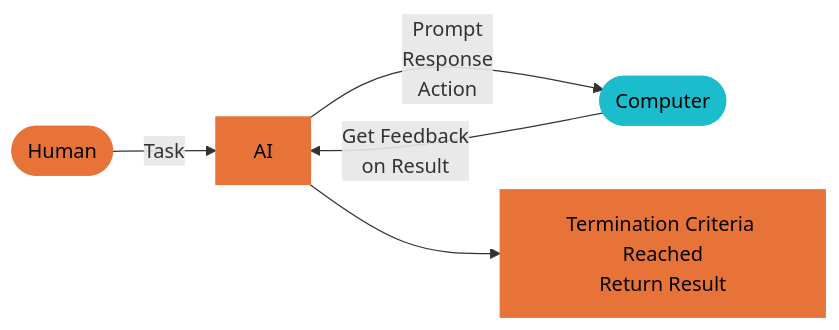
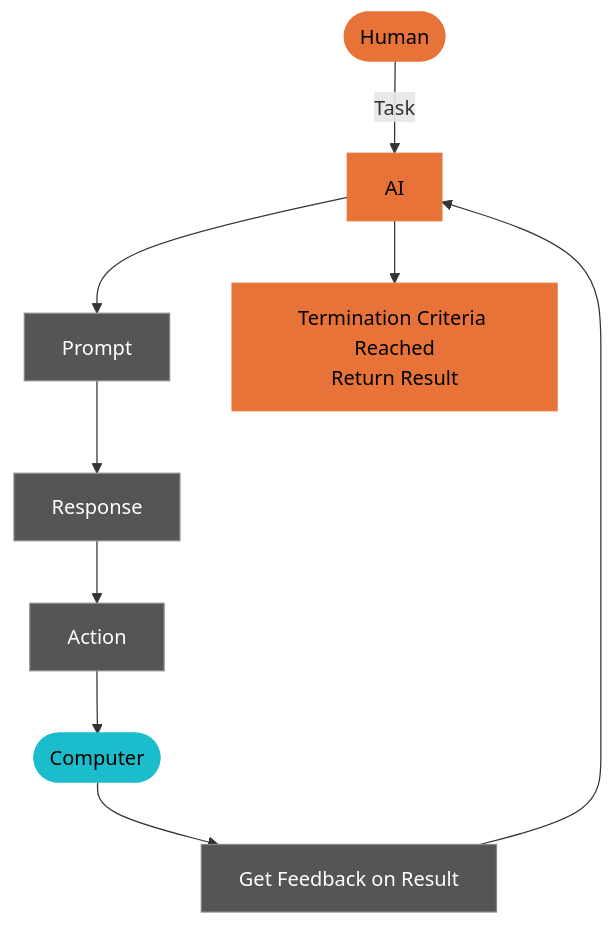
One commit to WhatIfWeDigDeeper/typescript-ai-agents-course changed the first of 4 diagrams in 01-agentic-ai-concepts.md. Above: the diagram before and after it, drawn with Mermaid.

Commit message:
docs: add Mermaid diagrams for agent loop concepts in module 1 notes
Converts all image references in 01-agentic-ai-concepts.md to Mermaid
diagrams with colors, LR/TD layouts, and individual nodes for Prompt,
Response, and Action steps.

````diff
--- a/01-agentic-ai-concepts.md
+++ b/01-agentic-ai-concepts.md
@@ -28,17 +28,25 @@
 ```mermaid
-flowchart LR
+flowchart TD
     Human([Human])
     AI[AI]
+    Prompt[Prompt]
+    Response[Response]
+    Action[Action]
     Computer([Computer])
+    Feedback[Get Feedback on Result]
     Term["Termination Criteria Reached\nReturn Result"]
 
     Human -->|Task| AI
-    AI -->|"Prompt\nResponse\nAction"| Computer
-    Computer -->|"Get Feedback\non Result"| AI
+    AI --> Prompt --> Response --> Action --> Computer
+    Computer --> Feedback --> AI
     AI --> Term
 
     style Human fill:#e87338,stroke:#e87338,color:#000
     style AI fill:#e87338,stroke:#e87338,color:#000
+    style Prompt fill:#555,stroke:#888,color:#fff
+    style Response fill:#555,stroke:#888,color:#fff
+    style Action fill:#555,stroke:#888,color:#fff
     style Computer fill:#1bbccc,stroke:#1bbccc,color:#000
+    style Feedback fill:#555,stroke:#888,color:#fff
     style Term fill:#e87338,stroke:#e87338,color:#000
 ```
````
